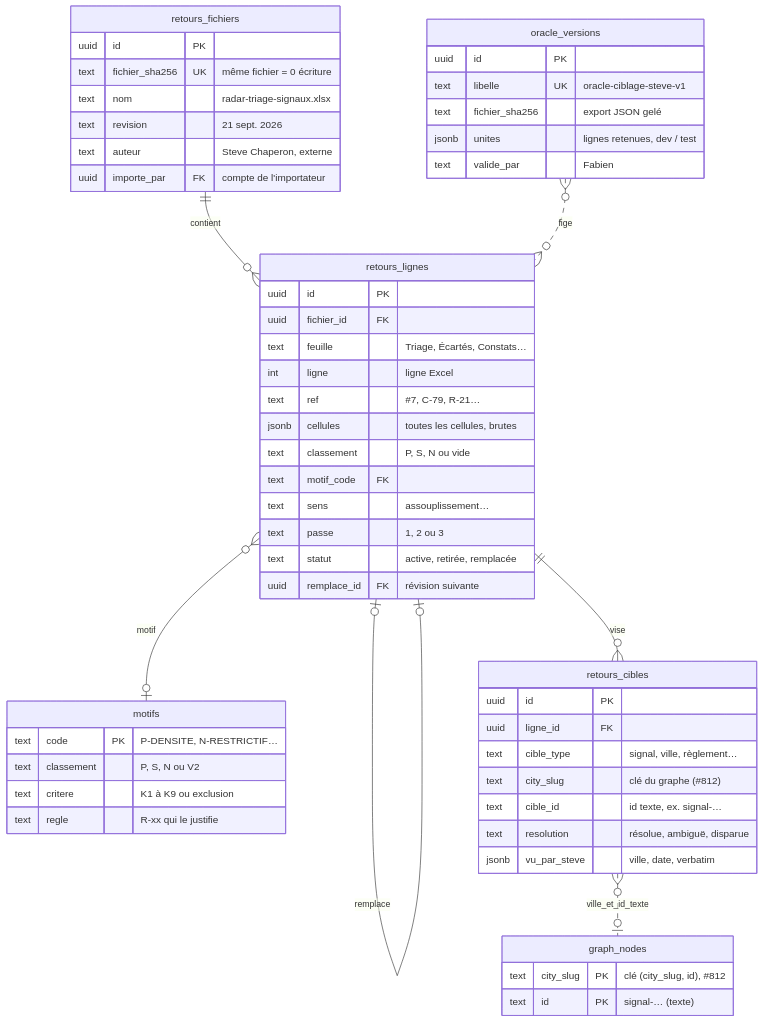
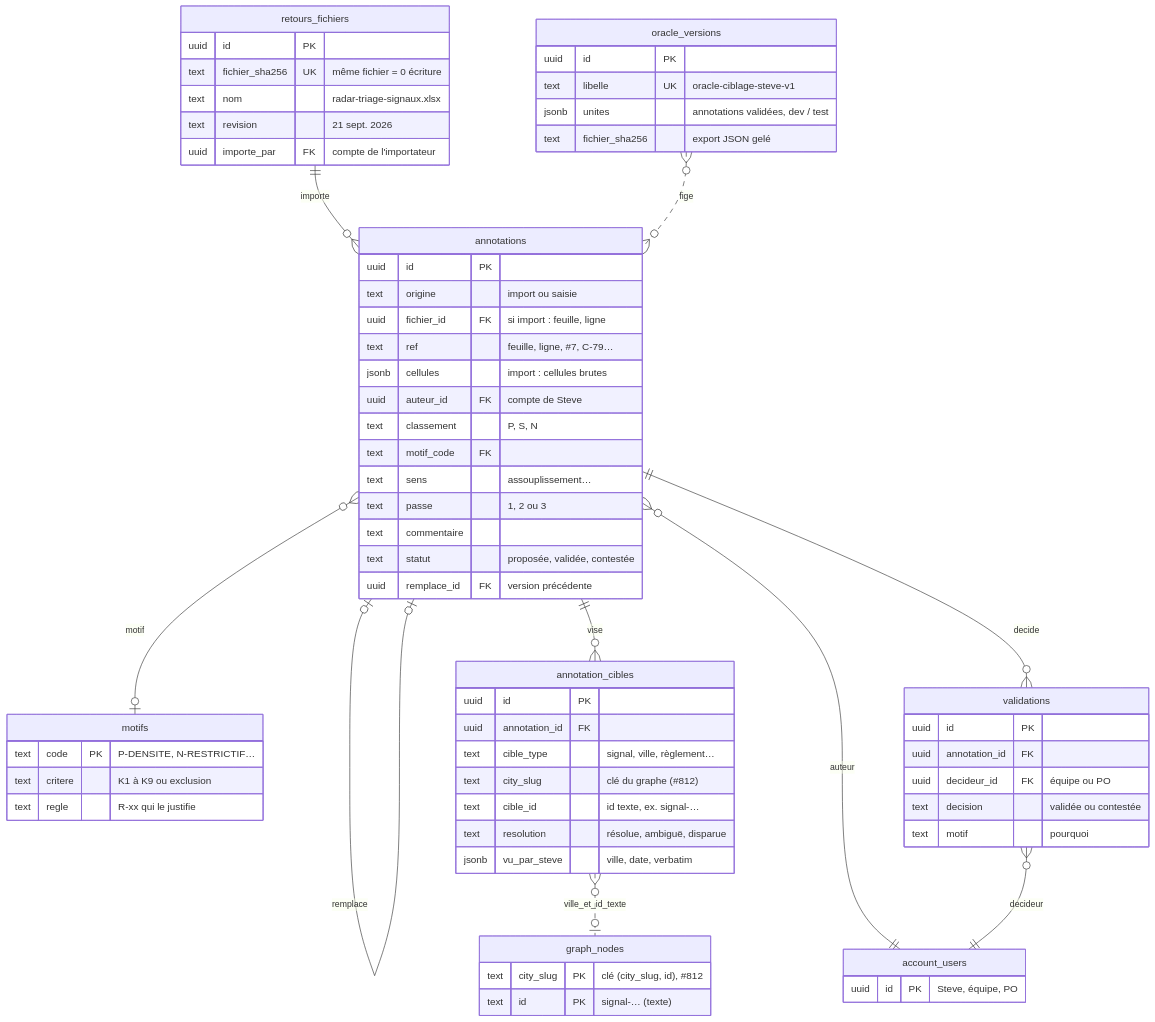
One commit to rhanka/radar-immobilier changed the third of 20 diagrams in docs/spec/reports/dossier-retours-steve/DOSSIER_DECISION_RETOURS_STEVE_2026-10-03.md. Above: the diagram before and after it, drawn with Mermaid. The commit also changed other lines of this file and 41 other files, not shown here.

First line of the commit message:
docs(dossier-steve): architecture des données, annotations vivantes, D1 actée par l'owner

````diff
--- a/docs/spec/reports/dossier-retours-steve/DOSSIER_DECISION_RETOURS_STEVE_2026-10-03.md
+++ b/docs/spec/reports/dossier-retours-steve/DOSSIER_DECISION_RETOURS_STEVE_2026-10-03.md
@@ -538,57 +596,68 @@
 ```mermaid
 erDiagram
-    retours_fichiers ||--o{ retours_lignes : contient
-    retours_lignes }o--o| motifs : motif
-    retours_lignes |o--o| retours_lignes : remplace
-    retours_lignes ||--o{ retours_cibles : vise
-    retours_cibles }o..o| graph_nodes : ville_et_id_texte
-    oracle_versions }o..o{ retours_lignes : fige
+    retours_fichiers ||--o{ annotations : importe
+    annotations }o--o| motifs : motif
+    annotations |o--o| annotations : remplace
+    annotations ||--o{ annotation_cibles : vise
+    annotation_cibles }o..o| graph_nodes : ville_et_id_texte
+    annotations ||--o{ validations : decide
+    annotations }o--|| account_users : auteur
+    validations }o--|| account_users : decideur
+    oracle_versions }o..o{ annotations : fige
     retours_fichiers {
       uuid id PK
       text fichier_sha256 UK "même fichier = 0 écriture"
       text nom "radar-triage-signaux.xlsx"
       text revision "21 sept. 2026"
-      text auteur "Steve Chaperon, externe"
       uuid importe_par FK "compte de l'importateur"
     }
-    retours_lignes {
+    annotations {
       uuid id PK
-      uuid fichier_id FK
-      text feuille "Triage, Écartés, Constats…"
-      int ligne "ligne Excel"
-      text ref "#7, C-79, R-21…"
-      jsonb cellules "toutes les cellules, brutes"
-      text classement "P, S, N ou vide"
+      text origine "import ou saisie"
+      uuid fichier_id FK "si import : feuille, ligne"
+      text ref "feuille, ligne, #7, C-79…"
+      jsonb cellules "import : cellules brutes"
+      uuid auteur_id FK "compte de Steve"
+      text classement "P, S, N"
       text motif_code FK
       text sens "assouplissement…"
       text passe "1, 2 ou 3"
-      text statut "active, retirée, remplacée"
-      uuid remplace_id FK "révision suivante"
+      text commentaire
+      text statut "proposée, validée, contestée"
+      uuid remplace_id FK "version précédente"
     }
     motifs {
       text code PK "P-DENSITE, N-RESTRICTIF…"
-      text classement "P, S, N ou V2"
       text critere "K1 à K9 ou exclusion"
       text regle "R-xx qui le justifie"
     }
-    oracle_versions {
+    validations {
       uuid id PK
-      text libelle UK "oracle-ciblage-steve-v1"
-      text fichier_sha256 "export JSON gelé"
-      jsonb unites "lignes retenues, dev / test"
-      text valide_par "Fabien"
+      uuid annotation_id FK
+      uuid decideur_id FK "équipe ou PO"
+      text decision "validée ou contestée"
+      text motif "pourquoi"
     }
-    retours_cibles {
+    annotation_cibles {
       uuid id PK
-      uuid ligne_id FK
+      uuid annotation_id FK
       text cible_type "signal, ville, règlement…"
       text city_slug "clé du graphe (#812)"
       text cible_id "id texte, ex. signal-…"
       text resolution "résolue, ambiguë, disparue"
       jsonb vu_par_steve "ville, date, verbatim"
     }
     graph_nodes {
       text city_slug PK "clé (city_slug, id), #812"
       text id PK "signal-… (texte)"
     }
+    account_users {
+      uuid id PK "Steve, équipe, PO"
+    }
+    oracle_versions {
+      uuid id PK
+      text libelle UK "oracle-ciblage-steve-v1"
+      jsonb unites "annotations validées, dev / test"
+      text fichier_sha256 "export JSON gelé"
+    }
 ```
````
